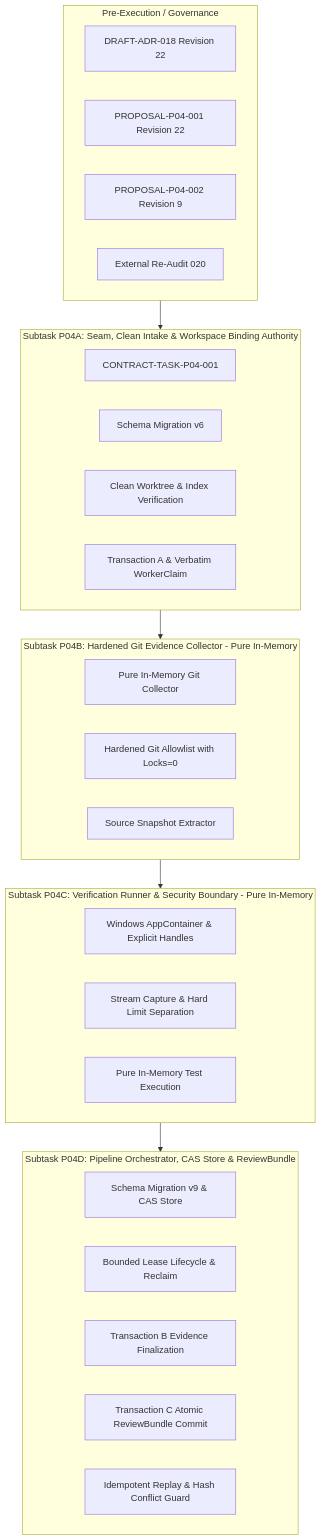
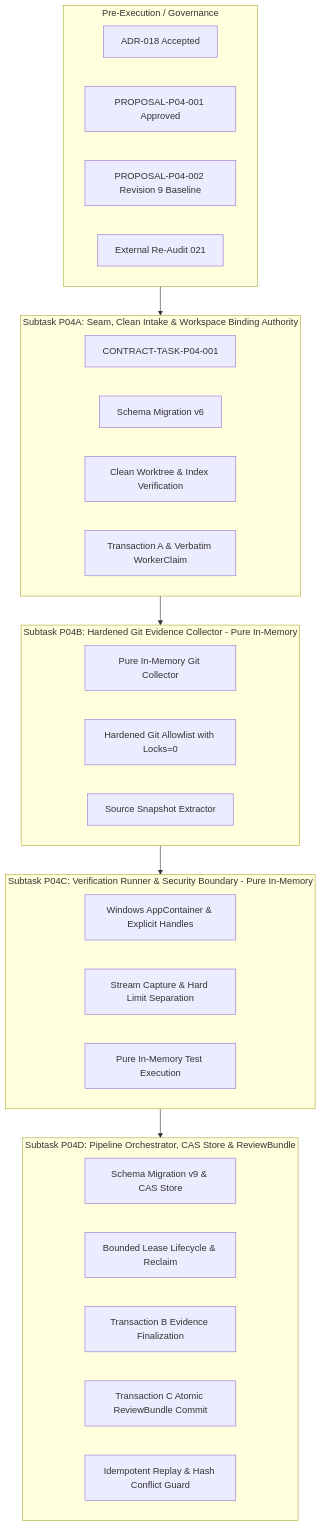
The diagram in docs/plans/PLAN-P04-EVIDENCE-REVIEW.md (trungqwe/ai-supervisor), drawn with Mermaid before and after one commit. The commit also changed other lines of this file and 6 other files, not shown here.

Commit message:
docs(p04): formal approval of p04 architecture (ADR-018 accepted) and reconciliation planning

````diff
--- a/docs/plans/PLAN-P04-EVIDENCE-REVIEW.md
+++ b/docs/plans/PLAN-P04-EVIDENCE-REVIEW.md
@@ -23,41 +23,41 @@
 ```mermaid
 flowchart TD
     subgraph PreExecution [Pre-Execution / Governance]
-        ADR18[DRAFT-ADR-018 Revision 22]
-        PROP1[PROPOSAL-P04-001 Revision 22]
-        PROP2[PROPOSAL-P04-002 Revision 9]
-        Audit020[External Re-Audit 020]
+        ADR18[ADR-018 Accepted]
+        PROP1[PROPOSAL-P04-001 Approved]
+        PROP2[PROPOSAL-P04-002 Revision 9 Baseline]
+        Audit021[External Re-Audit 021]
     end
 
     subgraph P04A [Subtask P04A: Seam, Clean Intake & Workspace Binding Authority]
         P04A_Contract[CONTRACT-TASK-P04-001]
         P04A_Mig[Schema Migration v6]
         P04A_Clean[Clean Worktree & Index Verification]
         P04A_Intake[Transaction A & Verbatim WorkerClaim]
     end
 
     subgraph P04B [Subtask P04B: Hardened Git Evidence Collector - Pure In-Memory]
         P04B_Collector[Pure In-Memory Git Collector]
         P04B_Allowlist[Hardened Git Allowlist with Locks=0]
         P04B_Snapshot[Source Snapshot Extractor]
     end
 
     subgraph P04C [Subtask P04C: Verification Runner & Security Boundary - Pure In-Memory]
         P04C_Sandbox[Windows AppContainer & Explicit Handles]
         P04C_Stream[Stream Capture & Hard Limit Separation]
         P04C_Execution[Pure In-Memory Test Execution]
     end
 
     subgraph P04D [Subtask P04D: Pipeline Orchestrator, CAS Store & ReviewBundle]
         P04D_Mig[Schema Migration v9 & CAS Store]
         P04D_Lease[Bounded Lease Lifecycle & Reclaim]
         P04D_TxB[Transaction B Evidence Finalization]
         P04D_TxC[Transaction C Atomic ReviewBundle Commit]
         P04D_Replay[Idempotent Replay & Hash Conflict Guard]
     end
 
     PreExecution --> P04A
     P04A --> P04B
     P04B --> P04C
     P04C --> P04D
 ```
````
